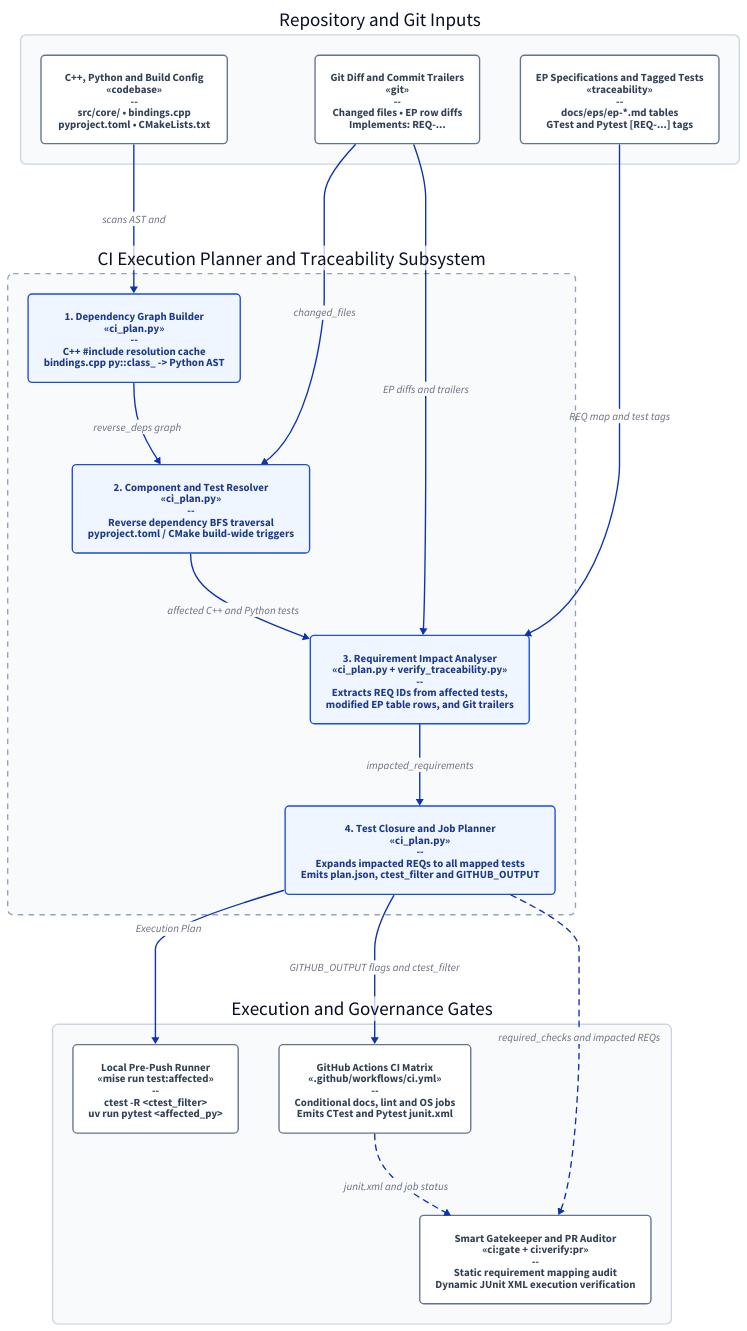
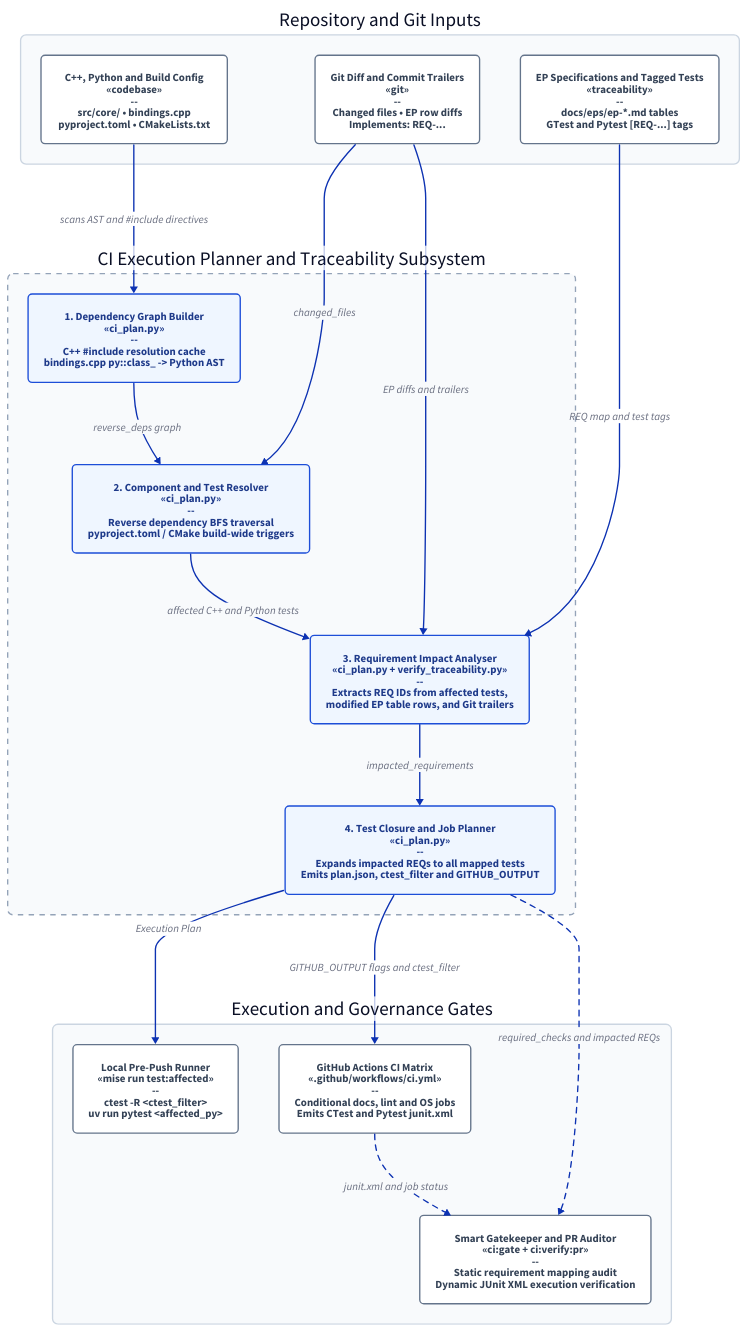
One commit to pauldruce/RFL changed the diagram in docs/eps/images/ep5_ci_planner_c4.d2. Above: the diagram before and after it, drawn with D2. The commit also changed 1 other file, not shown here.

Commit message:
docs(diagrams): quote D2 connection label to prevent #include truncation
- Enclose 'scans AST and #include directives' in quotes so D2 does not treat # as a comment start
- Recompile ep5_ci_planner_c4.svg using pinned D2 0.8.2

Implements: REQ-TRC-005, REQ-TRC-006

```diff
--- a/docs/eps/images/ep5_ci_planner_c4.d2
+++ b/docs/eps/images/ep5_ci_planner_c4.d2
@@ -1,110 +1,110 @@
 # RFL CI Execution Planner and Change Impact Analyser (C4 Component Diagram)
 # Regenerate SVG: python3 scripts/check_d2_images.py --fix
 
 direction: down
 
 inputs: "Repository and Git Inputs" {
   style: {
     fill: "#f8fafc"
     stroke: "#cbd5e1"
     stroke-width: 2
     border-radius: 8
   }
 
   git_diff: "Git Diff and Commit Trailers\n«git»\n--\nChanged files • EP row diffs\nImplements: REQ-..." {
     class: external_system
   }
 
   codebase: "C++, Python and Build Config\n«codebase»\n--\nsrc/core/ • bindings.cpp\npyproject.toml • CMakeLists.txt" {
     class: external_system
   }
 
   specs: "EP Specifications and Tagged Tests\n«traceability»\n--\ndocs/eps/ep-*.md tables\nGTest and Pytest [REQ-...] tags" {
     class: external_system
   }
 }
 
 planner: "CI Execution Planner and Traceability Subsystem" {
   style: {
     fill: "#f8fafc"
     stroke: "#94a3b8"
     stroke-width: 2
     stroke-dash: 4
     border-radius: 8
   }
 
   graph_builder: "1. Dependency Graph Builder\n«ci_plan.py»\n--\nC++ #include resolution cache\nbindings.cpp py::class_ -> Python AST" {
     class: internal_component
   }
 
   hop1: "2. Component and Test Resolver\n«ci_plan.py»\n--\nReverse dependency BFS traversal\npyproject.toml / CMake build-wide triggers" {
     class: internal_component
   }
 
   hop2: "3. Requirement Impact Analyser\n«ci_plan.py + verify_traceability.py»\n--\nExtracts REQ IDs from affected tests,\nmodified EP table rows, and Git trailers" {
     class: internal_component
   }
 
   hop3: "4. Test Closure and Job Planner\n«ci_plan.py»\n--\nExpands impacted REQs to all mapped tests\nEmits plan.json, ctest_filter and GITHUB_OUTPUT" {
     class: internal_component
   }
 
   graph_builder -> hop1: reverse_deps graph
   hop1 -> hop2: affected C++ and Python tests
   hop2 -> hop3: impacted_requirements
 }
 
 consumers: "Execution and Governance Gates" {
   style: {
     fill: "#f8fafc"
     stroke: "#cbd5e1"
     stroke-width: 2
     border-radius: 8
   }
 
   local_gate: "Local Pre-Push Runner\n«mise run test:affected»\n--\nctest -R <ctest_filter>\nuv run pytest <affected_py>" {
     class: external_system
   }
 
   ci_jobs: "GitHub Actions CI Matrix\n«.github/workflows/ci.yml»\n--\nConditional docs, lint and OS jobs\nEmits CTest and Pytest junit.xml" {
     class: external_system
   }
 
   gatekeeper: "Smart Gatekeeper and PR Auditor\n«ci:gate + ci:verify:pr»\n--\nStatic requirement mapping audit\nDynamic JUnit XML execution verification" {
     class: external_system
   }
 
   ci_jobs -> gatekeeper: junit.xml and job status {style.stroke-dash: 4}
 }
 
 # Cross-boundary relationships
-inputs.codebase -> planner.graph_builder: scans AST and #includes
+inputs.codebase -> planner.graph_builder: "scans AST and #include directives"
 inputs.git_diff -> planner.hop1: changed_files
 inputs.git_diff -> planner.hop2: EP diffs and trailers
 inputs.specs -> planner.hop2: REQ map and test tags
 
 planner.hop3 -> consumers.local_gate: Execution Plan
 planner.hop3 -> consumers.ci_jobs: GITHUB_OUTPUT flags and ctest_filter
 planner.hop3 -> consumers.gatekeeper: required_checks and impacted REQs {style.stroke-dash: 4}
 
 # C4 Styling Palette
 classes: {
   internal_component: {
     style: {
       fill: "#eff6ff"
       stroke: "#1d4ed8"
       stroke-width: 2
       border-radius: 6
       font-color: "#1e3a8a"
     }
   }
   external_system: {
     style: {
       fill: "#ffffff"
       stroke: "#64748b"
       stroke-width: 2
       border-radius: 6
       font-color: "#334155"
     }
   }
 }
```
